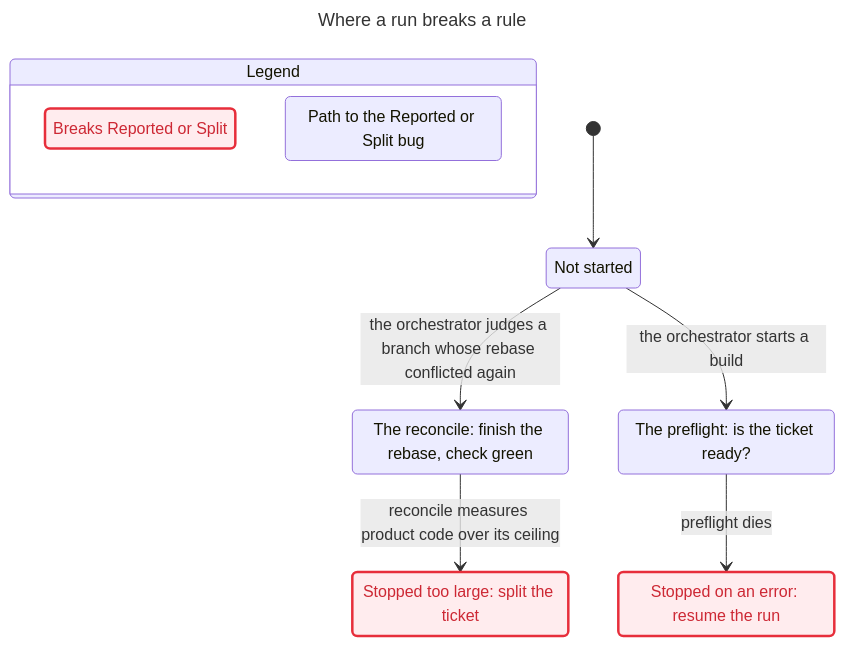
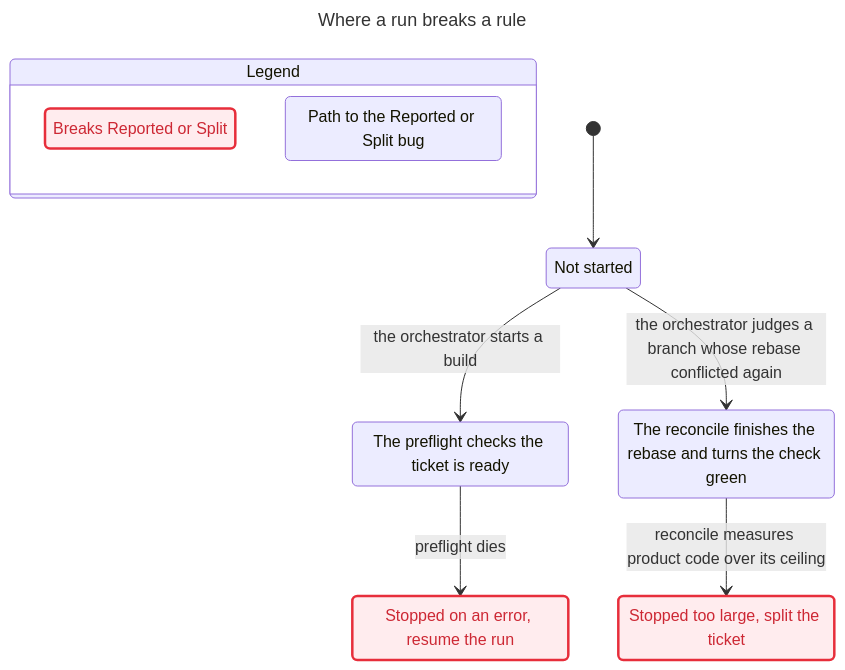
The fourth of 4 diagrams in docs/model/pipeline.md (Simon-GitHub-Code/ratchet), drawn with Mermaid before and after one commit. The commit also changed other lines of this file, not shown here.

````diff
--- a/docs/model/pipeline.md
+++ b/docs/model/pipeline.md
@@ -243,30 +263,30 @@
 ```mermaid
 ---
 title: "Where a run breaks a rule"
 ---
 stateDiagram-v2
   state "Legend" as legend {
     lg0: Breaks Reported or Split
     lg1: Path to the Reported or Split bug
   }
   class lg0 breaks
   class lg1 bugPath
   s0: Not started
-  s1: The reconcile: finish the rebase, check green
-  s2: The preflight: is the ticket ready?
-  s3: Stopped too large: split the ticket
-  s4: Stopped on an error: resume the run
+  s1: The preflight checks the ticket is ready
+  s2: The reconcile finishes the rebase and turns the check green
+  s3: Stopped on an error, resume the run
+  s4: Stopped too large, split the ticket
   [*] --> s0
-  s0 --> s1: the orchestrator judges a branch whose rebase conflicted again
-  s0 --> s2: the orchestrator starts a build
-  s1 --> s3: reconcile measures product code over its ceiling
-  s2 --> s4: preflight dies
+  s0 --> s1: the orchestrator starts a build
+  s0 --> s2: the orchestrator judges a branch whose rebase conflicted again
+  s1 --> s3: preflight dies
+  s2 --> s4: reconcile measures product code over its ceiling
   classDef breaks fill:#ffecee,stroke:#e72e3b,stroke-width:2.5px,color:#cd2834
   class s0 bugPath
   class s1 bugPath
   class s2 bugPath
   class s3 breaks
   class s3 bugPath
   class s4 breaks
   class s4 bugPath
 ```
````
